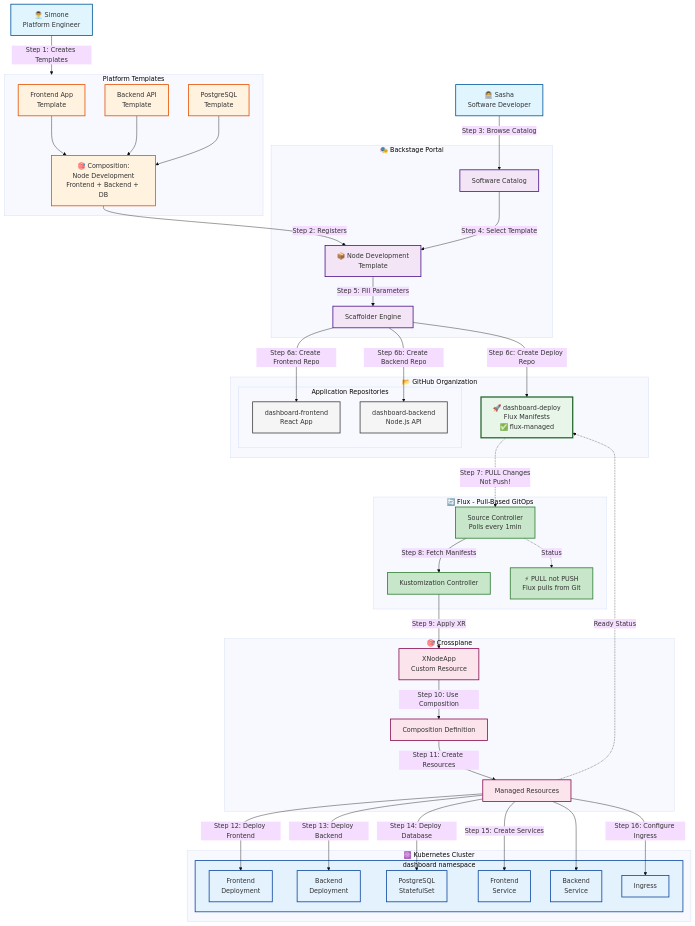
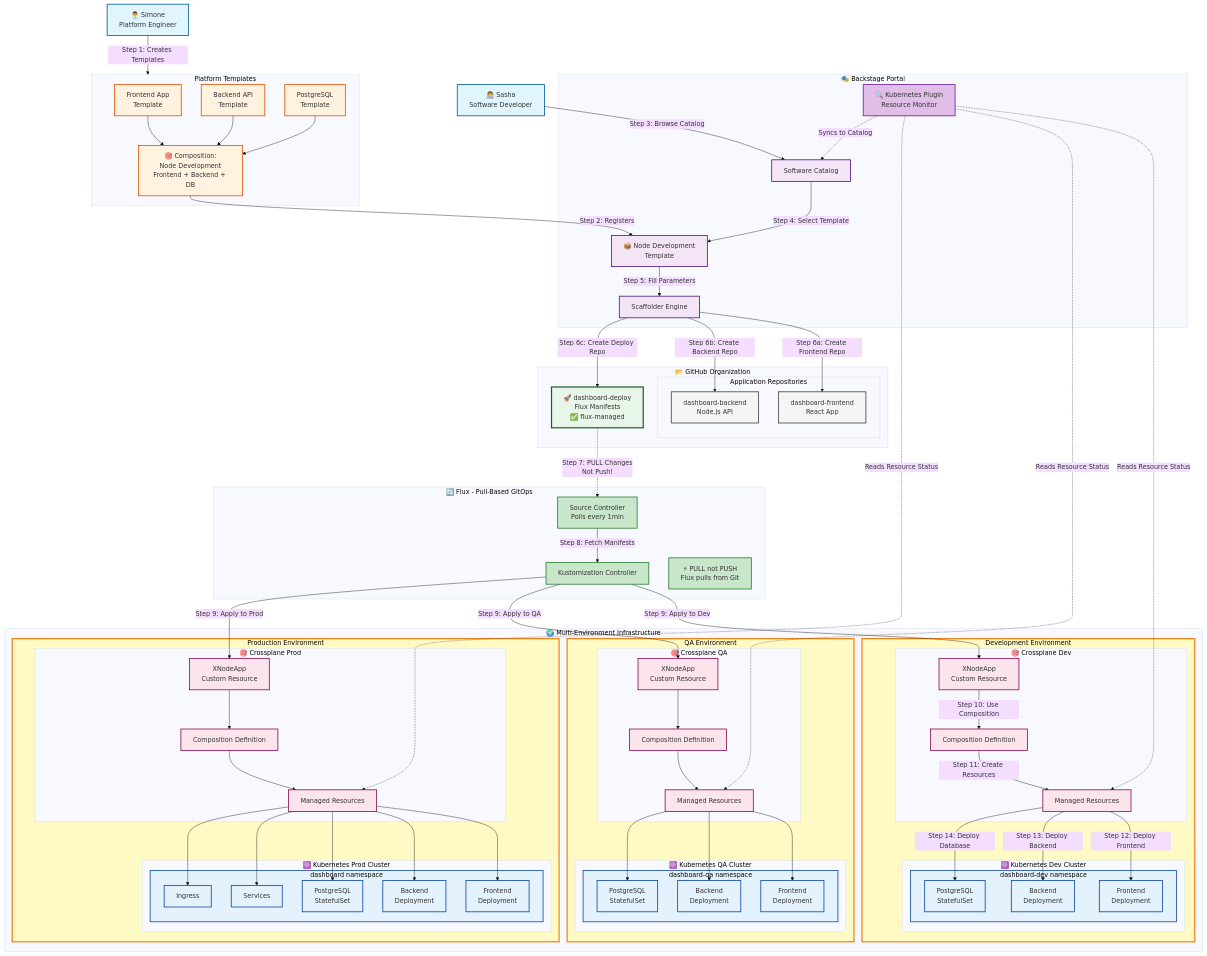
One commit to open-service-portal/portal-workspace changed the diagram in docs/architecture/gitops-workflow-diagram.md. Above: the diagram before and after it, drawn with Mermaid (base theme). The commit also changed other lines of this file, not shown here.

Commit message:
feat: add multi-environment architecture and GitHub workflows
- Add environment boxes around Crossplane and Kubernetes (Dev, QA, Prod)
- Show Backstage Kubernetes Plugin reading from all Crossplane environments
- Remove Ready Status feedback link
- Add .github/workflows structure to repository documentation
- Update Crossplane provisioning flows for all environments
- Add proper styling for environment components

````diff
--- a/docs/architecture/gitops-workflow-diagram.md
+++ b/docs/architecture/gitops-workflow-diagram.md
@@ -18,6 +18,7 @@
         Catalog["Software Catalog"]
         Scaffolder["Scaffolder Engine"]
         NodeTemplate["📦 Node Development<br/>Template"]
+        K8sPlugin["🔍 Kubernetes Plugin<br/>Resource Monitor"]
     end
     
     %% Simone's Templates
@@ -45,22 +46,56 @@
         Note["⚡ PULL not PUSH<br/>Flux pulls from Git"]
     end
     
-    %% Crossplane
-    subgraph Crossplane["🎯 Crossplane"]
-        XRD["XNodeApp<br/>Custom Resource"]
-        CompDef["Composition Definition"]
-        Resources["Managed Resources"]
-    end
-    
-    %% Kubernetes
-    subgraph Kubernetes["☸️ Kubernetes Cluster"]
-        subgraph Namespace["dashboard namespace"]
-            Frontend["Frontend<br/>Deployment"]
-            Backend["Backend<br/>Deployment"]
-            Postgres["PostgreSQL<br/>StatefulSet"]
-            Service1["Frontend<br/>Service"]
-            Service2["Backend<br/>Service"]
-            Ingress["Ingress"]
+    %% Environments
+    subgraph Environments["🌍 Multi-Environment Infrastructure"]
+        subgraph DevEnv["Development Environment"]
+            subgraph CrossplaneDev["🎯 Crossplane Dev"]
+                XRDDev["XNodeApp<br/>Custom Resource"]
+                CompDefDev["Composition Definition"]
+                ResourcesDev["Managed Resources"]
+            end
+            
+            subgraph K8sDev["☸️ Kubernetes Dev Cluster"]
+                subgraph NamespaceDev["dashboard-dev namespace"]
+                    FrontendDev["Frontend<br/>Deployment"]
+                    BackendDev["Backend<br/>Deployment"]
+                    PostgresDev["PostgreSQL<br/>StatefulSet"]
+                end
+            end
+        end
+        
+        subgraph QAEnv["QA Environment"]
+            subgraph CrossplaneQA["🎯 Crossplane QA"]
+                XRDQA["XNodeApp<br/>Custom Resource"]
+                CompDefQA["Composition Definition"]
+                ResourcesQA["Managed Resources"]
+            end
+            
+            subgraph K8sQA["☸️ Kubernetes QA Cluster"]
+                subgraph NamespaceQA["dashboard-qa namespace"]
+                    FrontendQA["Frontend<br/>Deployment"]
+                    BackendQA["Backend<br/>Deployment"]
+                    PostgresQA["PostgreSQL<br/>StatefulSet"]
+                end
+            end
+        end
+        
+        subgraph ProdEnv["Production Environment"]
+            subgraph CrossplaneProd["🎯 Crossplane Prod"]
+                XRDProd["XNodeApp<br/>Custom Resource"]
+                CompDefProd["Composition Definition"]
+                ResourcesProd["Managed Resources"]
+            end
+            
+            subgraph K8sProd["☸️ Kubernetes Prod Cluster"]
+                subgraph NamespaceProd["dashboard namespace"]
+                    FrontendProd["Frontend<br/>Deployment"]
+                    BackendProd["Backend<br/>Deployment"]
+                    PostgresProd["PostgreSQL<br/>StatefulSet"]
+                    ServiceProd["Services"]
+                    IngressProd["Ingress"]
+                end
+            end
         end
     end
     
@@ -82,21 +117,39 @@
     %% GitOps Pull Flow
     DeployRepo -.->|"Step 7: PULL Changes<br/>Not Push!"| GitController
     GitController -->|"Step 8: Fetch Manifests"| Kustomization
-    Kustomization -->|"Step 9: Apply XR"| XRD
+    Kustomization -->|"Step 9: Apply to Dev"| XRDDev
+    Kustomization -->|"Step 9: Apply to QA"| XRDQA
+    Kustomization -->|"Step 9: Apply to Prod"| XRDProd
     
-    %% Crossplane Provisioning
-    XRD -->|"Step 10: Use Composition"| CompDef
-    CompDef -->|"Step 11: Create Resources"| Resources
-    Resources -->|"Step 12: Deploy Frontend"| Frontend
-    Resources -->|"Step 13: Deploy Backend"| Backend
-    Resources -->|"Step 14: Deploy Database"| Postgres
-    Resources -->|"Step 15: Create Services"| Service1
-    Resources --> Service2
-    Resources -->|"Step 16: Configure Ingress"| Ingress
+    %% Crossplane Provisioning - Dev
+    XRDDev -->|"Step 10: Use Composition"| CompDefDev
+    CompDefDev -->|"Step 11: Create Resources"| ResourcesDev
+    ResourcesDev -->|"Step 12: Deploy Frontend"| FrontendDev
+    ResourcesDev -->|"Step 13: Deploy Backend"| BackendDev
+    ResourcesDev -->|"Step 14: Deploy Database"| PostgresDev
     
-    %% Feedback Loop
-    GitController -.->|"Status"| Note
-    Resources -.->|"Ready Status"| DeployRepo
+    %% Crossplane Provisioning - QA
+    XRDQA --> CompDefQA
+    CompDefQA --> ResourcesQA
+    ResourcesQA --> FrontendQA
+    ResourcesQA --> BackendQA
+    ResourcesQA --> PostgresQA
+    
+    %% Crossplane Provisioning - Prod
+    XRDProd --> CompDefProd
+    CompDefProd --> ResourcesProd
+    ResourcesProd --> FrontendProd
+    ResourcesProd --> BackendProd
+    ResourcesProd --> PostgresProd
+    ResourcesProd --> ServiceProd
+    ResourcesProd --> IngressProd
+    
+    %% Backstage Monitoring
+    K8sPlugin -.->|"Reads Resource Status"| ResourcesDev
+    K8sPlugin -.->|"Reads Resource Status"| ResourcesQA
+    K8sPlugin -.->|"Reads Resource Status"| ResourcesProd
+    K8sPlugin -.->|"Syncs to Catalog"| Catalog
+    
     
     %% Styling
     classDef actor fill:#e1f5fe,stroke:#01579b,stroke-width:2px
@@ -107,13 +160,17 @@
     classDef flux fill:#c8e6c9,stroke:#2e7d32,stroke-width:2px
     classDef crossplane fill:#fce4ec,stroke:#880e4f,stroke-width:2px
     classDef k8s fill:#e3f2fd,stroke:#0d47a1,stroke-width:2px
+    classDef environment fill:#fff9c4,stroke:#f57f17,stroke-width:3px
+    classDef monitor fill:#e1bee7,stroke:#6a1b9a,stroke-width:2px
     
     class Sasha,Simone actor
     class Catalog,Scaffolder,NodeTemplate backstage
+    class K8sPlugin monitor
     class FrontendTpl,BackendTpl,PostgresTpl,Composition template
     class FrontendRepo,BackendRepo repo
     class DeployRepo deploy
     class GitController,Kustomization,Note flux
-    class XRD,CompDef,Resources crossplane
-    class Frontend,Backend,Postgres,Service1,Service2,Ingress,Namespace k8s
+    class XRDDev,XRDProd,XRDQA,CompDefDev,CompDefQA,CompDefProd,ResourcesDev,ResourcesQA,ResourcesProd crossplane
+    class FrontendDev,BackendDev,PostgresDev,FrontendQA,BackendQA,PostgresQA,FrontendProd,BackendProd,PostgresProd,ServiceProd,IngressProd,NamespaceDev,NamespaceQA,NamespaceProd k8s
+    class DevEnv,QAEnv,ProdEnv environment
 ```
````
